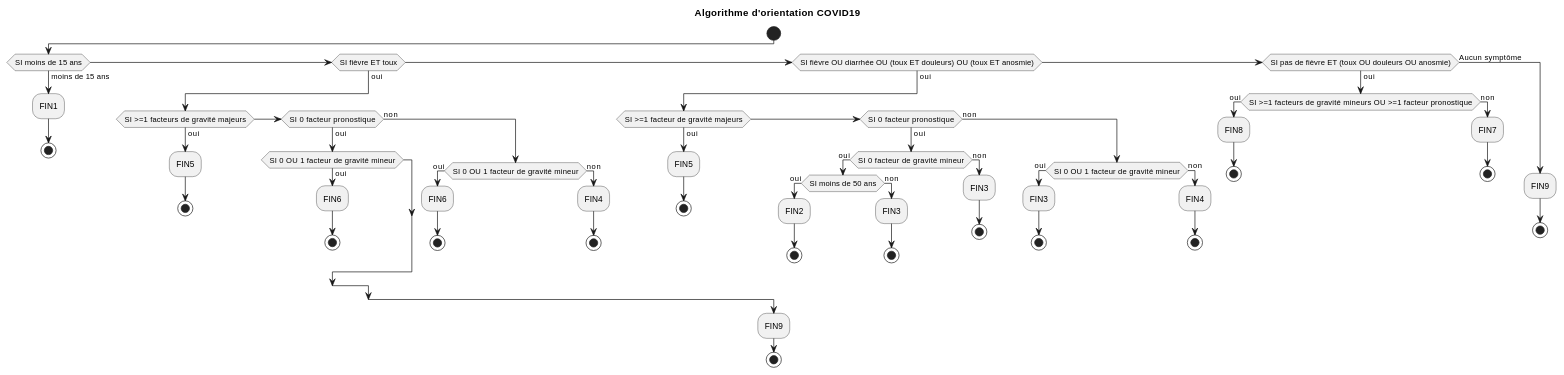
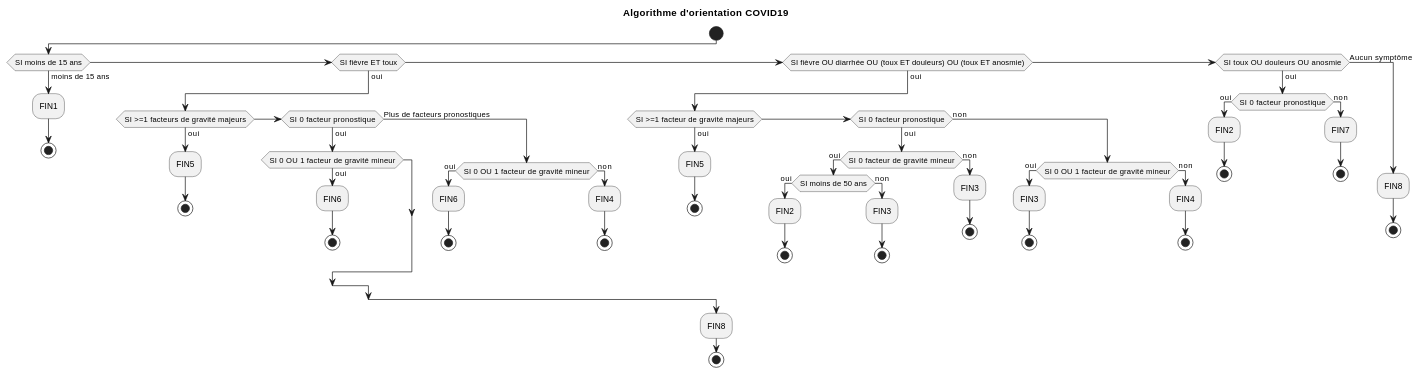
One commit to bzg/covid19-algorithme-orientation changed the diagram in diagramme.org. Above: the diagram before and after it, drawn with PlantUML. The commit also changed 13 other files, not shown here.

```diff
--- a/diagramme.org
+++ b/diagramme.org
@@ -1,75 +1,75 @@
 #+begin_src plantuml :file diagramme-algorithme-orientation-covid19.png
 @startuml
 title Algorithme d'orientation COVID19
 
 start
 
 if (SI moins de 15 ans) then (moins de 15 ans)
    :FIN1;
    stop
 
 elseif (SI fièvre ET toux) then (oui)
        if (SI >=1 facteurs de gravité majeurs) then (oui)
           :FIN5;
           stop
        elseif (SI 0 facteur pronostique) then (oui)
           if (SI 0 OU 1 facteur de gravité mineur) then (oui)
              :FIN6;
              stop
           endif
-       else (non)
+       else (Plus de facteurs pronostiques)
           if (SI 0 OU 1 facteur de gravité mineur) then (oui)
              :FIN6;
              stop
           else (non)
              :FIN4;
              stop
           endif
        endif
 
 elseif (SI fièvre OU diarrhée OU (toux ET douleurs) OU (toux ET anosmie)) then (oui)
        if (SI >=1 facteur de gravité majeurs) then (oui)
           :FIN5;
           stop
        elseif (SI 0 facteur pronostique) then (oui)
            if (SI 0 facteur de gravité mineur) then (oui)
               if (SI moins de 50 ans) then (oui)
                  :FIN2;
                  stop;
               else (non)
                  :FIN3;
                  stop;
               endif
            else (non)
               :FIN3;
               stop;
            endif
         else (non)
            if (SI 0 OU 1 facteur de gravité mineur) then (oui)
               :FIN3;
               stop
            else (non)
               :FIN4;
               stop
            endif
         endif
 
-elseif (SI pas de fièvre ET (toux OU douleurs OU anosmie)) then (oui)
-       if (SI >=1 facteurs de gravité mineurs OU >=1 facteur pronostique) then (oui)
-          :FIN8;
+elseif (SI toux OU douleurs OU anosmie) then (oui)
+       if (SI 0 facteur pronostique) then (oui)
+          :FIN2;
           stop
        else (non)
           :FIN7;
           stop
        endif
 
 else (Aucun symptôme)
-     :FIN9;
+     :FIN8;
      stop
 endif
 
-:FIN9;
+:FIN8;
 stop
 
 @enduml
 #+end_src
```
